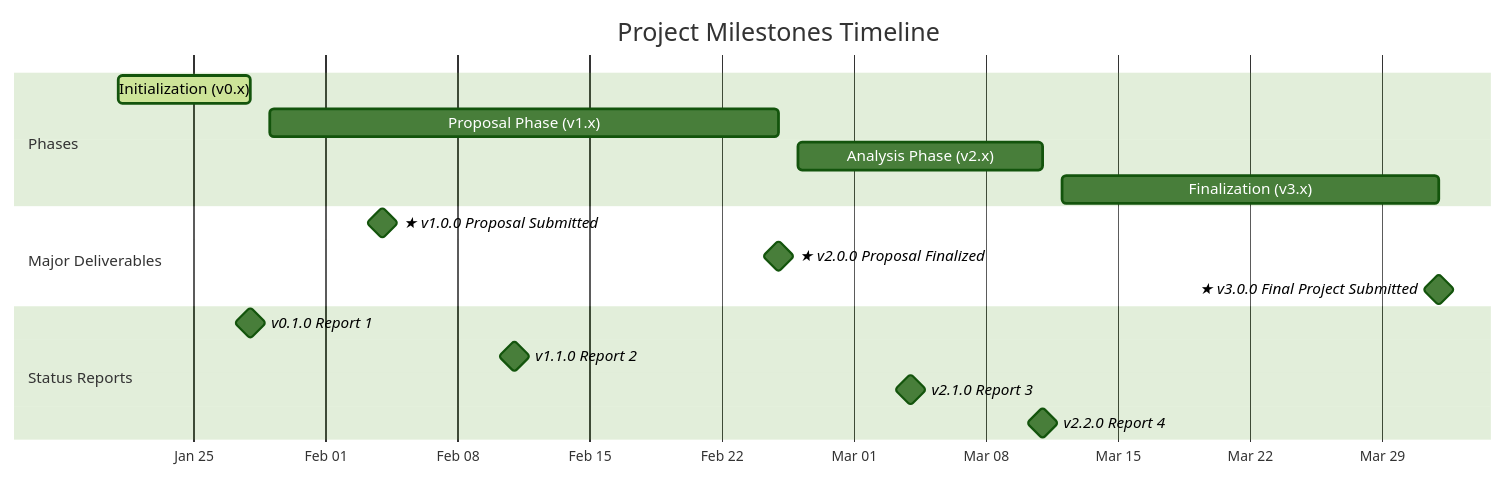
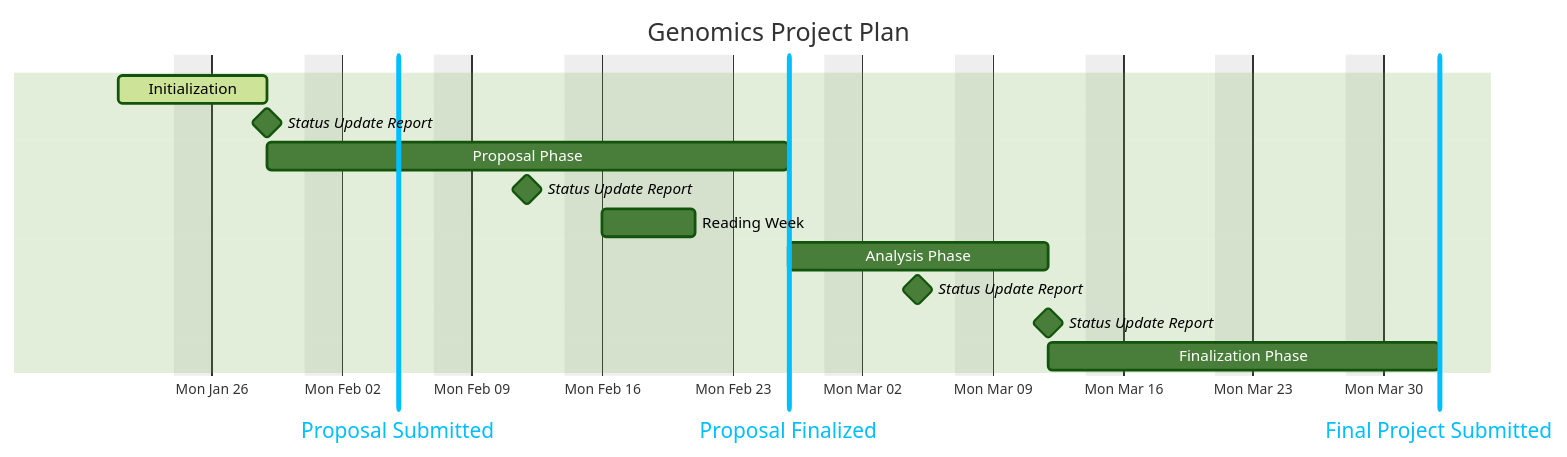
Before and after one commit to Bijans-Projects/genomics-data-mining: the diagram in README.md, drawn with Mermaid (forest theme). The commit also changed other lines of this file, not shown here.

Commit message:
Update README with project milestones and phases

````diff
--- a/README.md
+++ b/README.md
@@ -47,23 +42,30 @@
 ```mermaid
 gantt
-    title Project Milestones Timeline
-    dateFormat  YYYY-MM-DD
-    axisFormat  %b %d
+    title Genomics Project Plan
+    dateFormat YYYY-MM-DD
+    axisFormat %a %b %d
+    tickInterval 1week
+    weekday monday
+    excludes weekends, 2026-02-16, 2026-02-17, 2026-02-18, 2026-02-19, 2026-02-20
 
-    section Phases
-    Initialization (v0.x)   :active, 2026-01-21, 2026-01-28
-    Proposal Phase (v1.x)   :2026-01-29, 2026-02-25
-    Analysis Phase (v2.x)   :2026-02-26, 2026-03-11
-    Finalization (v3.x)     :2026-03-12, 2026-04-01
 
-    section Major Deliverables
-    ★ v1.0.0 Proposal Submitted      :milestone, 2026-02-04, 0d
-    ★ v2.0.0 Proposal Finalized      :milestone, 2026-02-25, 0d
-    ★ v3.0.0 Final Project Submitted :milestone, 2026-04-01, 0d
 
-    section Status Reports
-    v0.1.0 Report 1 :milestone, 2026-01-28, 0d
-    v1.1.0 Report 2 :milestone, 2026-02-11, 0d
-    v2.1.0 Report 3 :milestone, 2026-03-04, 0d
-    v2.2.0 Report 4 :milestone, 2026-03-11, 0d
+    Initialization          :active,      v0,           2026-01-21,    2026-01-29
+    Status Update Report    :milestone,   msur1,        2026-01-29,    0d
+
+    Proposal Phase          :             v1,           2026-01-29,    2026-02-26
+  %%Proposal Submitted      :milestone,   mv1,          2026-02-04,    0d
+    Proposal Submitted      :vert,        vv1,          2026-02-05,    0d
+    Status Update Report    :milestone,   msur2,        2026-02-12,    0d
+    Reading Week            :             off1,         2026-02-16,    2026-02-21
+  %%Proposal Finalized      :milestone,   mv2,          2026-02-25,    0d
+    Proposal Finalized      :vert,        vv2,          2026-02-26,    0d
+    
+    Analysis Phase          :             v2,           after v1,      2026-03-12
+    Status Update Report    :milestone,   msur3,        2026-03-05,    0d
+    Status Update Report    :milestone,   msur4,        2026-03-12,    0d
+    
+    Finalization Phase      :             v3,           after v2,      2026-04-02
+  %%Final Project Submitted :milestone,   mv3,          2026-04-01,    0d
+    Final Project Submitted :vert,        vv3,          2026-04-02,    0d
 ```
````
